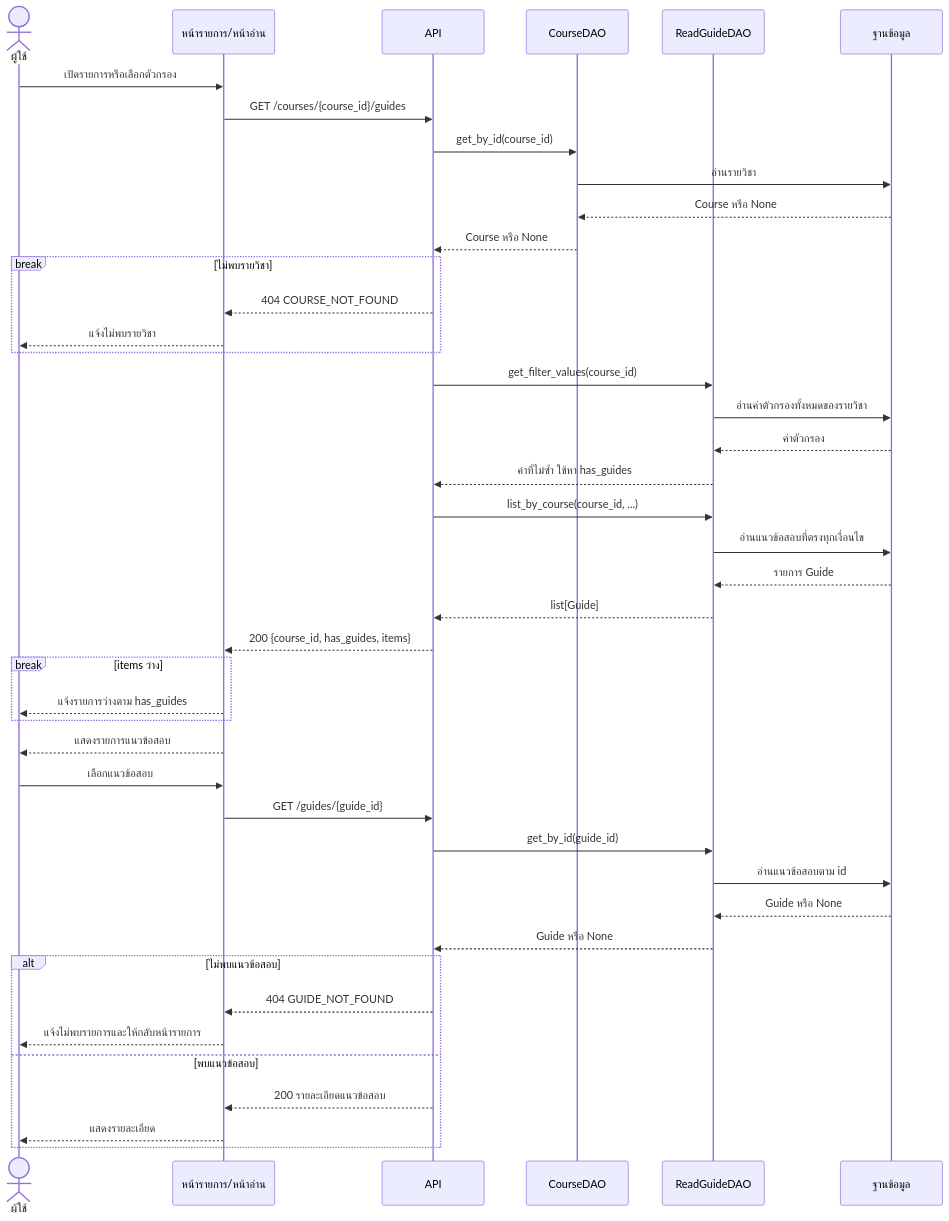
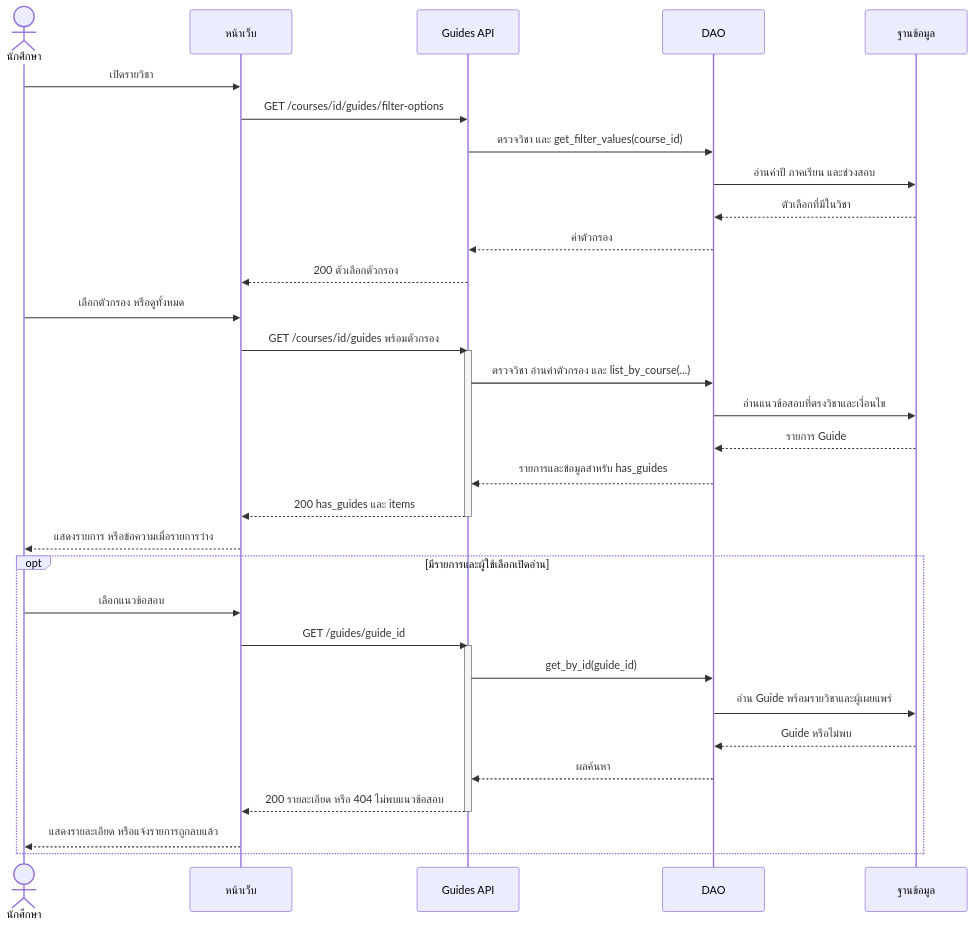
Before and after one commit to Lilieay/CS261-Group4-Project: the diagram in docs/U3/design/task37-sequence-diagram.md, drawn with Mermaid. The commit also changed other lines of this file and 11 other files, not shown here.

Commit message:
docs: align sprint1 diagrams and data models with implementation

````diff
--- a/docs/U3/design/task37-sequence-diagram.md
+++ b/docs/U3/design/task37-sequence-diagram.md
@@ -11,48 +9,37 @@
 ```mermaid
 sequenceDiagram
-    actor User as ผู้ใช้
-    participant UI as หน้ารายการ/หน้าอ่าน
-    participant API as API
-    participant CDAO as CourseDAO
-    participant GDAO as ReadGuideDAO
+    actor Student as นักศึกษา
+    participant UI as หน้าเว็บ
+    participant API as Guides API
+    participant DAO as DAO
     participant DB as ฐานข้อมูล
-
-    User->>UI: เปิดรายการหรือเลือกตัวกรอง
-    UI->>API: GET /courses/{course_id}/guides
-    API->>CDAO: get_by_id(course_id)
-    CDAO->>DB: อ่านรายวิชา
-    DB-->>CDAO: Course หรือ None
-    CDAO-->>API: Course หรือ None
-    break ไม่พบรายวิชา
-        API-->>UI: 404 COURSE_NOT_FOUND
-        UI-->>User: แจ้งไม่พบรายวิชา
-    end
-
-    API->>GDAO: get_filter_values(course_id)
-    GDAO->>DB: อ่านค่าตัวกรองทั้งหมดของรายวิชา
-    DB-->>GDAO: ค่าตัวกรอง
-    GDAO-->>API: ค่าที่ไม่ซ้ำ ใช้หา has_guides
-    API->>GDAO: list_by_course(course_id, ...)
-    GDAO->>DB: อ่านแนวข้อสอบที่ตรงทุกเงื่อนไข
-    DB-->>GDAO: รายการ Guide
-    GDAO-->>API: list[Guide]
-    API-->>UI: 200 {course_id, has_guides, items}
-    break items ว่าง
-        UI-->>User: แจ้งรายการว่างตาม has_guides
-    end
-    UI-->>User: แสดงรายการแนวข้อสอบ
-
-    User->>UI: เลือกแนวข้อสอบ
-    UI->>API: GET /guides/{guide_id}
-    API->>GDAO: get_by_id(guide_id)
-    GDAO->>DB: อ่านแนวข้อสอบตาม id
-    DB-->>GDAO: Guide หรือ None
-    GDAO-->>API: Guide หรือ None
-    alt ไม่พบแนวข้อสอบ
-        API-->>UI: 404 GUIDE_NOT_FOUND
-        UI-->>User: แจ้งไม่พบรายการและให้กลับหน้ารายการ
-    else พบแนวข้อสอบ
-        API-->>UI: 200 รายละเอียดแนวข้อสอบ
-        UI-->>User: แสดงรายละเอียด
+    Student->>UI: เปิดรายวิชา
+    UI->>API: GET /courses/id/guides/filter-options
+    API->>DAO: ตรวจวิชา และ get_filter_values(course_id)
+    DAO->>DB: อ่านค่าปี ภาคเรียน และช่วงสอบ
+    DB-->>DAO: ตัวเลือกที่มีในวิชา
+    DAO-->>API: ค่าตัวกรอง
+    API-->>UI: 200 ตัวเลือกตัวกรอง
+    Student->>UI: เลือกตัวกรอง หรือดูทั้งหมด
+    UI->>API: GET /courses/id/guides พร้อมตัวกรอง
+    activate API
+    API->>DAO: ตรวจวิชา อ่านค่าตัวกรอง และ list_by_course(...)
+    DAO->>DB: อ่านแนวข้อสอบที่ตรงวิชาและเงื่อนไข
+    DB-->>DAO: รายการ Guide
+    DAO-->>API: รายการและข้อมูลสำหรับ has_guides
+    API-->>UI: 200 has_guides และ items
+    deactivate API
+    UI-->>Student: แสดงรายการ หรือข้อความเมื่อรายการว่าง
+    opt มีรายการและผู้ใช้เลือกเปิดอ่าน
+        Student->>UI: เลือกแนวข้อสอบ
+        UI->>API: GET /guides/guide_id
+        activate API
+        API->>DAO: get_by_id(guide_id)
+        DAO->>DB: อ่าน Guide พร้อมรายวิชาและผู้เผยแพร่
+        DB-->>DAO: Guide หรือไม่พบ
+        DAO-->>API: ผลค้นหา
+        API-->>UI: 200 รายละเอียด หรือ 404 ไม่พบแนวข้อสอบ
+        deactivate API
+        UI-->>Student: แสดงรายละเอียด หรือแจ้งรายการถูกลบแล้ว
     end
 ```
````
